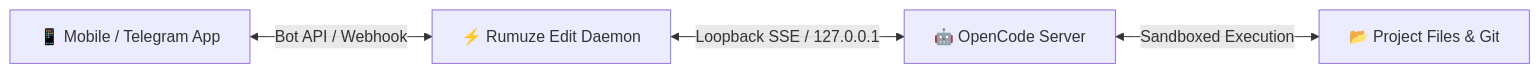
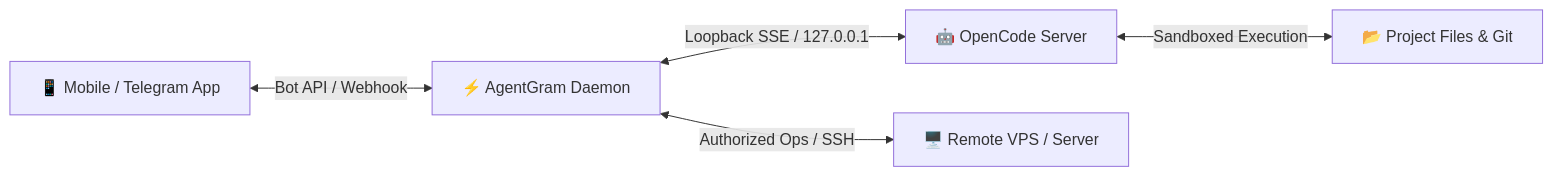
One commit to crewloom/bridge changed the diagram in README.md. Above: the diagram before and after it, drawn with Mermaid. The commit also changed other lines of this file and 9 other files, not shown here.

Commit message:
feat(branding): launch AgentGram v1.0.0 — AI Agent Control Room for Telegram

````diff
--- a/README.md
+++ b/README.md
@@ -41,6 +41,7 @@
 ```mermaid
 flowchart LR
-    User["📱 Mobile / Telegram App"] <-->|Bot API / Webhook| Daemon["⚡ Rumuze Edit Daemon"]
+    User["📱 Mobile / Telegram App"] <-->|Bot API / Webhook| Daemon["⚡ AgentGram Daemon"]
     Daemon <-->|Loopback SSE / 127.0.0.1| Server["🤖 OpenCode Server"]
     Server <-->|Sandboxed Execution| Project["📂 Project Files & Git"]
+    Daemon <-->|Authorized Ops / SSH| Remote["🖥️ Remote VPS / Server"]
 ```
````
